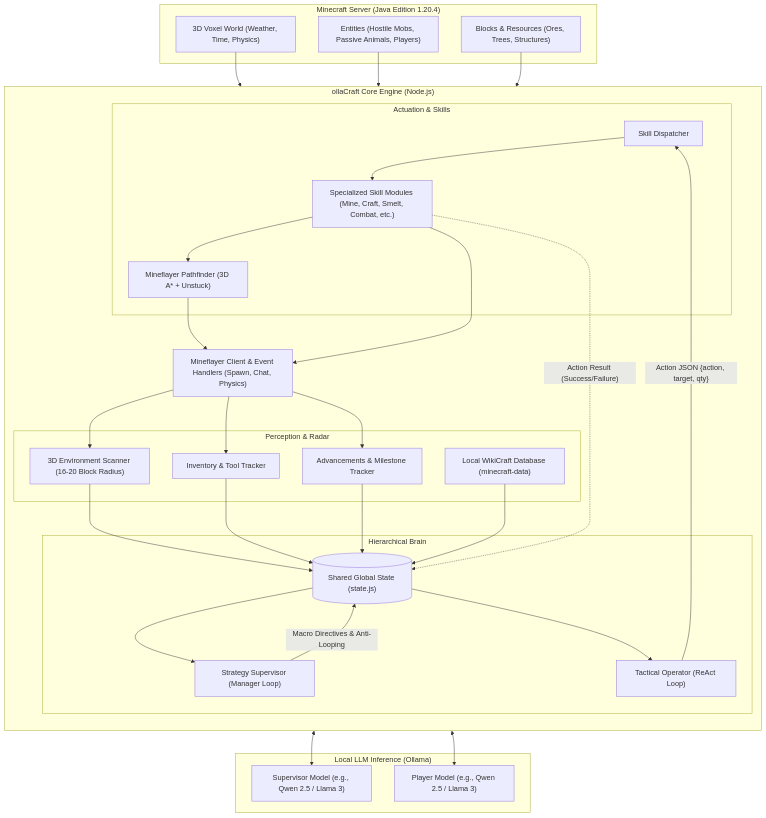
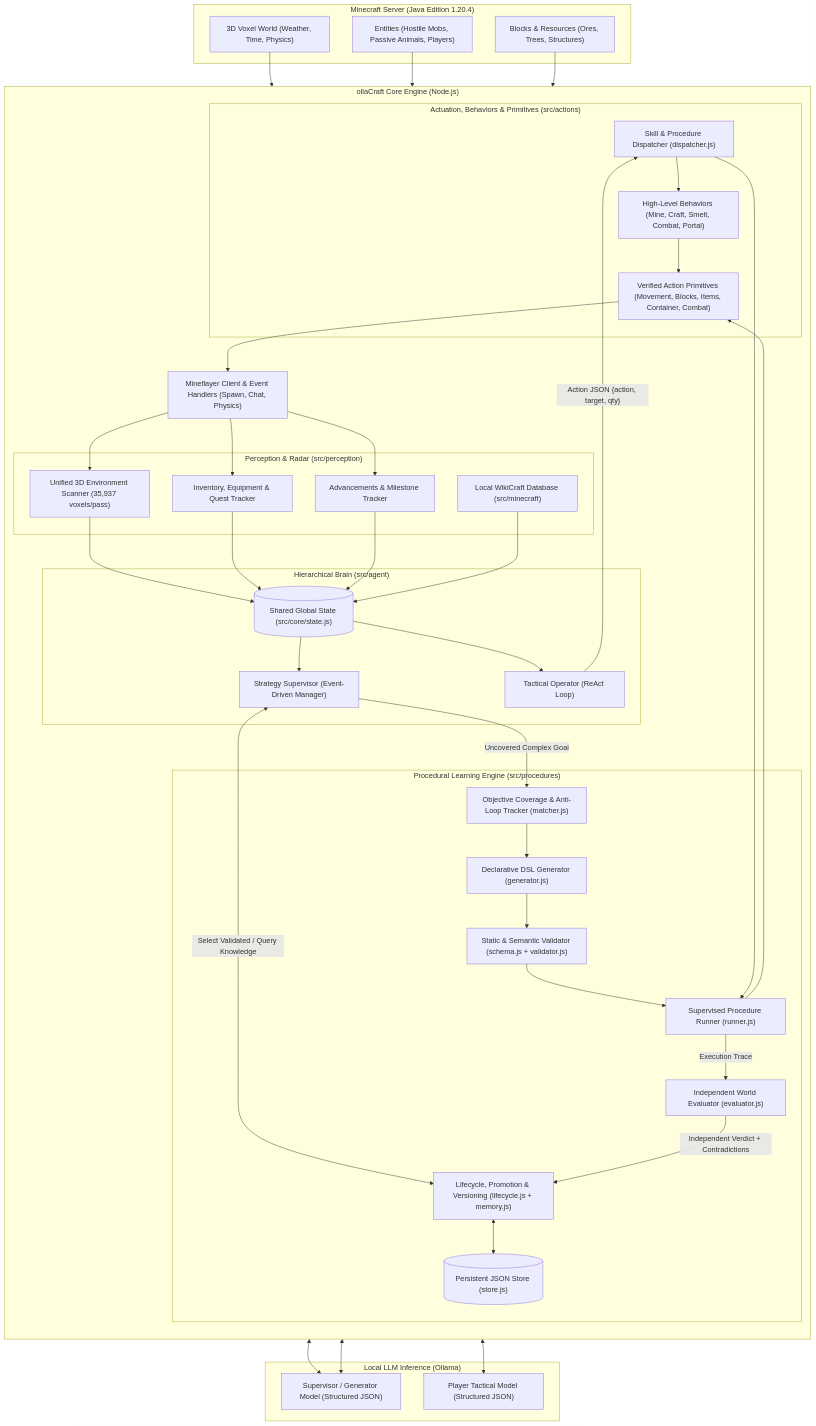
The first of 2 diagrams in ARCHITECTURE.md (Gw3nhael51/ollaCraft), drawn with Mermaid before and after one commit. The commit also changed other lines of this file and 8 other files, not shown here.

Commit message:
feat(procedures): implement procedure lifecycle, versioning, knowledge extraction, and benchmark suite

````diff
--- a/ARCHITECTURE.md
+++ b/ARCHITECTURE.md
@@ -13,67 +13,68 @@
 ```mermaid
 flowchart TD
     subgraph SVR["Minecraft Server (Java Edition 1.20.4)"]
         WORLD["3D Voxel World (Weather, Time, Physics)"]
         ENTITIES["Entities (Hostile Mobs, Passive Animals, Players)"]
         BLOCKS["Blocks & Resources (Ores, Trees, Structures)"]
     end
 
     subgraph BOT["ollaCraft Core Engine (Node.js)"]
         direction TB
         NET["Mineflayer Client & Event Handlers (Spawn, Chat, Physics)"]
         
-        subgraph PERCEPTION["Perception & Radar"]
-            SCANNER["3D Environment Scanner (16-20 Block Radius)"]
-            INV_TRACK["Inventory & Tool Tracker"]
+        subgraph PERCEPTION["Perception & Radar (src/perception)"]
+            SCANNER["Unified 3D Environment Scanner (35,937 voxels/pass)"]
+            INV_TRACK["Inventory, Equipment & Quest Tracker"]
             ADV_TRACK["Advancements & Milestone Tracker"]
-            WIKI_CACHE["Local WikiCraft Database (minecraft-data)"]
+            WIKI_CACHE["Local WikiCraft Database (src/minecraft)"]
         end
 
-        subgraph BRAIN["Hierarchical Brain"]
-            MANAGER["Strategy Supervisor (Manager Loop)"]
+        subgraph BRAIN["Hierarchical Brain (src/agent)"]
+            MANAGER["Strategy Supervisor (Event-Driven Manager)"]
             REACT["Tactical Operator (ReAct Loop)"]
-            STATE[("Shared Global State (state.js)")]
+            STATE[("Shared Global State (src/core/state.js)")]
         end
 
-        subgraph ACTUATION["Actuation & Skills"]
-            DISPATCH["Skill Dispatcher"]
-            SKILLS["Specialized Skill Modules (Mine, Craft, Smelt, Combat, etc.)"]
-            PATHFINDER["Mineflayer Pathfinder (3D A* + Unstuck)"]
+        subgraph PROCEDURES["Procedural Learning Engine (src/procedures)"]
+            MATCHER["Objective Coverage & Anti-Loop Tracker (matcher.js)"]
+            GEN["Declarative DSL Generator (generator.js)"]
+            VALIDATOR["Static & Semantic Validator (schema.js + validator.js)"]
+            RUNNER["Supervised Procedure Runner (runner.js)"]
+            EVALUATOR["Independent World Evaluator (evaluator.js)"]
+            LIFECYCLE["Lifecycle, Promotion & Versioning (lifecycle.js + memory.js)"]
+            STORE[("Persistent JSON Store (store.js)")]
+        end
+
+        subgraph ACTUATION["Actuation, Behaviors & Primitives (src/actions)"]
+            DISPATCH["Skill & Procedure Dispatcher (dispatcher.js)"]
+            BEHAVIORS["High-Level Behaviors (Mine, Craft, Smelt, Combat, Portal)"]
+            PRIMITIVES["Verified Action Primitives (Movement, Blocks, Items, Container, Combat)"]
         end
     end
 
     subgraph OLLAMA["Local LLM Inference (Ollama)"]
-        MODEL_M["Supervisor Model (e.g., Qwen 2.5 / Llama 3)"]
-        MODEL_P["Player Model (e.g., Qwen 2.5 / Llama 3)"]
+        MODEL_M["Supervisor / Generator Model (Structured JSON)"]
+        MODEL_P["Player Tactical Model (Structured JSON)"]
     end
 
-    %% Perception Connections
-    WORLD --> NET
-    ENTITIES --> NET
-    BLOCKS --> NET
-    NET --> SCANNER
-    NET --> INV_TRACK
-    NET --> ADV_TRACK
+    WORLD & ENTITIES & BLOCKS --> NET
+    NET --> SCANNER & INV_TRACK & ADV_TRACK
+    SCANNER & INV_TRACK & ADV_TRACK & WIKI_CACHE --> STATE
 
-    SCANNER --> STATE
-    INV_TRACK --> STATE
-    ADV_TRACK --> STATE
-    WIKI_CACHE --> STATE
+    STATE --> MANAGER & REACT
+    MANAGER <-->|"Select Validated / Query Knowledge"| LIFECYCLE
+    MANAGER -->|"Uncovered Complex Goal"| MATCHER
+    MATCHER --> GEN
+    GEN <--> MODEL_M
+    GEN --> VALIDATOR --> RUNNER
+    RUNNER --> PRIMITIVES
+    RUNNER -->|"Execution Trace"| EVALUATOR
+    EVALUATOR -->|"Independent Verdict + Contradictions"| LIFECYCLE
+    LIFECYCLE <--> STORE
 
-    %% Brain Connections
-    STATE --> MANAGER
-    STATE --> REACT
-    MANAGER -->|"Macro Directives & Anti-Looping"| STATE
     MANAGER <--> MODEL_M
     REACT <--> MODEL_P
-
-    %% Action Connections
     REACT -->|"Action JSON {action, target, qty}"| DISPATCH
-    DISPATCH --> SKILLS
-    SKILLS --> PATHFINDER
-    PATHFINDER --> NET
-    SKILLS --> NET
-
-    %% Feedback
-    SKILLS -. "Action Result (Success/Failure)" .-> STATE
+    DISPATCH --> BEHAVIORS & RUNNER
+    BEHAVIORS --> PRIMITIVES --> NET
 ```
````
